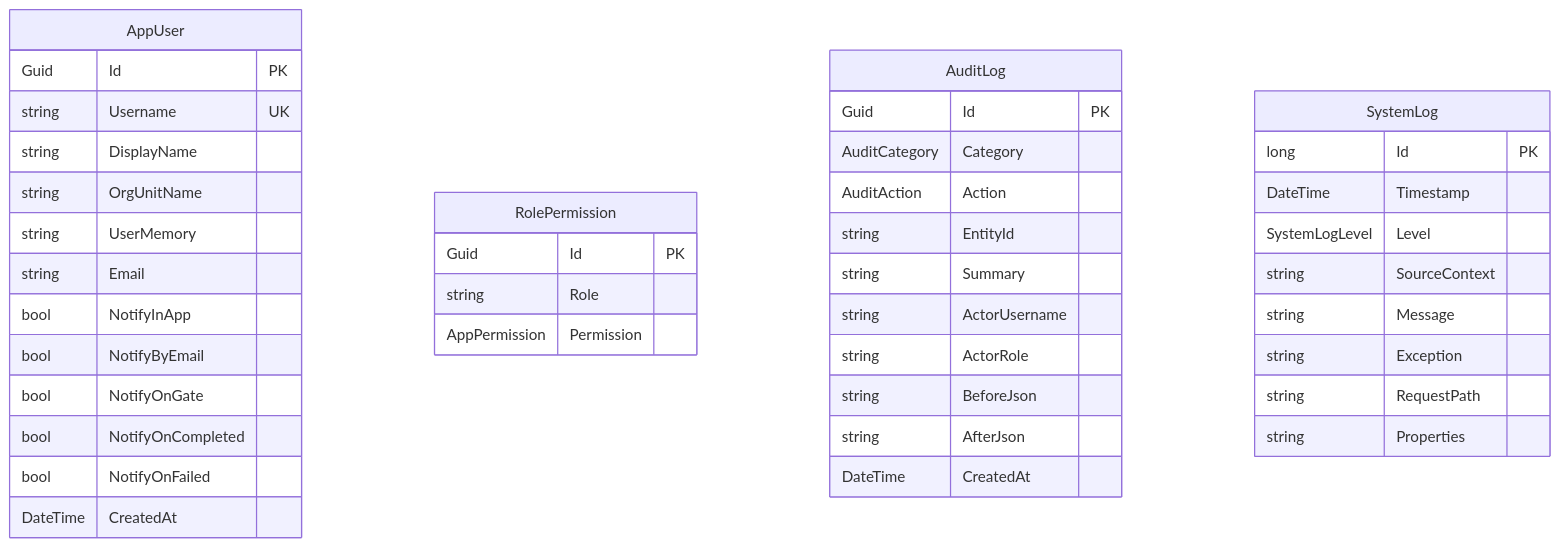
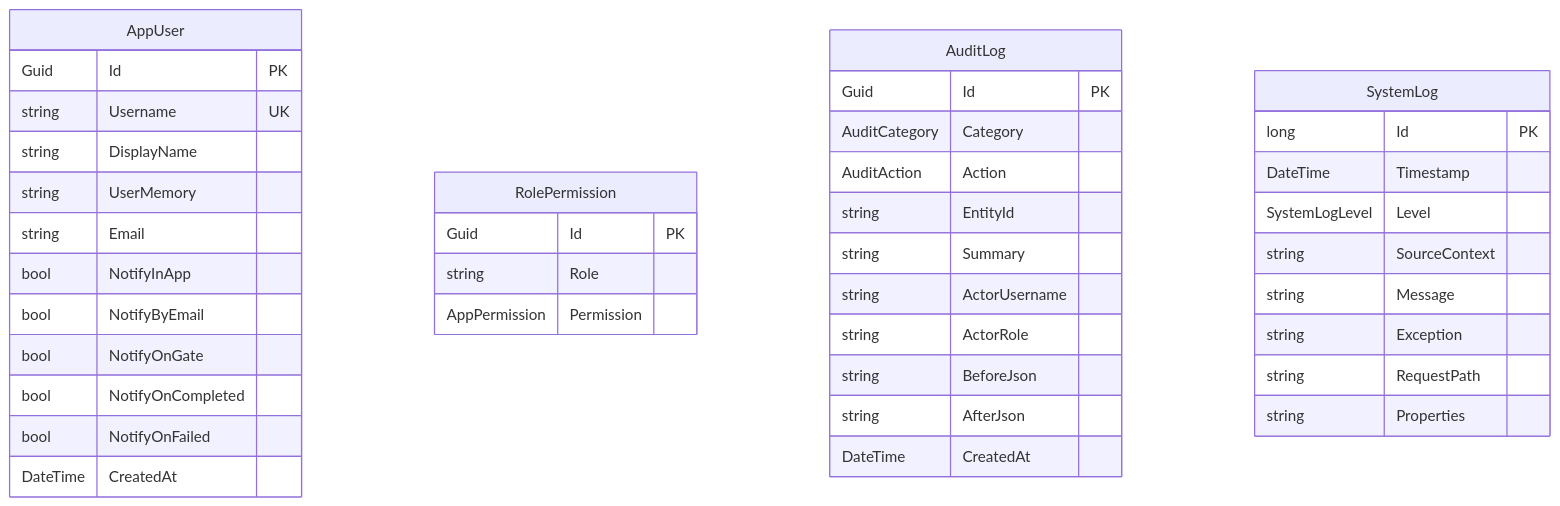
Before and after one commit to Songlong0506/ICOGenerator-v4: the sixth of 9 diagrams in docs/data-model.md, drawn with Mermaid. The commit also changed other lines of this file and 65 other files, not shown here.

````diff
--- a/docs/data-model.md
+++ b/docs/data-model.md
@@ -369,48 +365,47 @@
 ```mermaid
 erDiagram
     AppUser {
         Guid Id PK
         string Username UK
         string DisplayName
-        string OrgUnitName
         string UserMemory
         string Email
         bool NotifyInApp
         bool NotifyByEmail
         bool NotifyOnGate
         bool NotifyOnCompleted
         bool NotifyOnFailed
         DateTime CreatedAt
     }
 
 
     RolePermission {
         Guid Id PK
         string Role
         AppPermission Permission
     }
 
     AuditLog {
         Guid Id PK
         AuditCategory Category
         AuditAction Action
         string EntityId
         string Summary
         string ActorUsername
         string ActorRole
         string BeforeJson
         string AfterJson
         DateTime CreatedAt
     }
 
     SystemLog {
         long Id PK
         DateTime Timestamp
         SystemLogLevel Level
         string SourceContext
         string Message
         string Exception
         string RequestPath
         string Properties
     }
 ```
````
